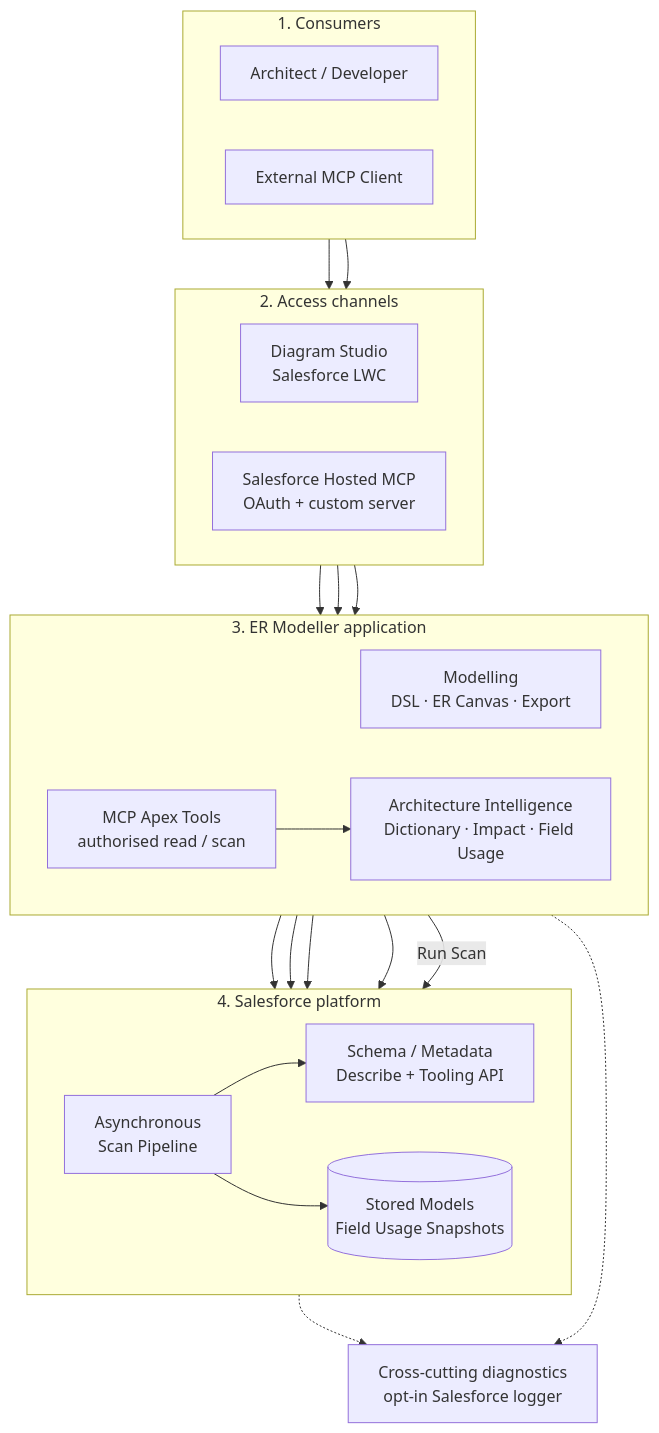
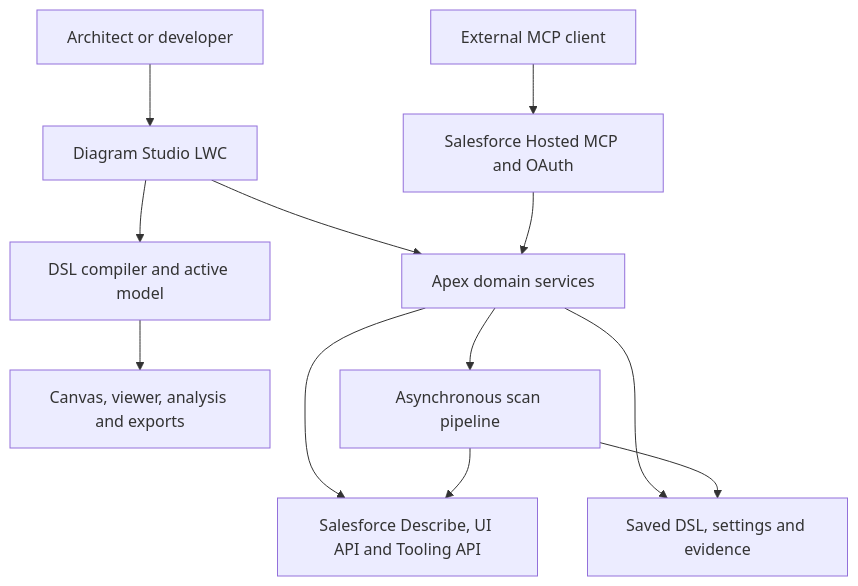
Before and after one commit to vikascohen/Salesforce-ER-Modeller-Studio: the first of 4 diagrams in docs/ARCHITECTURE.md, drawn with Mermaid. The commit also changed other lines of this file and 21 other files, not shown here.

Commit message:
Consolidate V5 documentation and replace legacy architecture diagrams

````diff
--- a/docs/ARCHITECTURE.md
+++ b/docs/ARCHITECTURE.md
@@ -38,46 +9,14 @@
 ```mermaid
 flowchart TB
-    subgraph Consumers["1. Consumers"]
-      direction LR
-      Human["Architect / Developer"]
-      Agent["External MCP Client"]
-    end
-
-    subgraph Access["2. Access channels"]
-      direction LR
-      Studio["Diagram Studio<br/>Salesforce LWC"]
-      Hosted["Salesforce Hosted MCP<br/>OAuth + custom server"]
-    end
-
-    subgraph Application["3. ER Modeller application"]
-      direction LR
-      Modelling["Modelling<br/>DSL · ER Canvas · Export"]
-      Intelligence["Architecture Intelligence<br/>Dictionary · Impact · Field Usage"]
-      MCP["MCP Apex Tools<br/>authorised read / scan"]
-    end
-
-    subgraph Platform["4. Salesforce platform"]
-      direction LR
-      Schema["Schema / Metadata<br/>Describe + Tooling API"]
-      Snapshot[("Stored Models<br/>Field Usage Snapshots")]
-      Scan["Asynchronous<br/>Scan Pipeline"]
-    end
-
-    Human --> Studio
-    Agent --> Hosted
-    Studio --> Modelling
-    Studio --> Intelligence
-    Hosted --> MCP
-    MCP --> Intelligence
-    Modelling --> Schema
-    Modelling --> Snapshot
-    Intelligence --> Schema
-    Intelligence --> Snapshot
-    MCP -->|Run Scan| Scan
-    Scan --> Schema
-    Scan --> Snapshot
-
-    Diagnostics["Cross-cutting diagnostics<br/>opt-in Salesforce logger"]
-    Application -.-> Diagnostics
-    Scan -.-> Diagnostics
+    User["Architect or developer"] --> Studio["Diagram Studio LWC"]
+    Studio --> Compiler["DSL compiler and active model"]
+    Compiler --> Views["Canvas, viewer, analysis and exports"]
+    Studio --> Services["Apex domain services"]
+    Services --> APIs["Salesforce Describe, UI API and Tooling API"]
+    Services --> Storage["Saved DSL, settings and evidence"]
+    Services --> Jobs["Asynchronous scan pipeline"]
+    Jobs --> APIs
+    Jobs --> Storage
+    Client["External MCP client"] --> Hosted["Salesforce Hosted MCP and OAuth"]
+    Hosted --> Services
 ```
````
